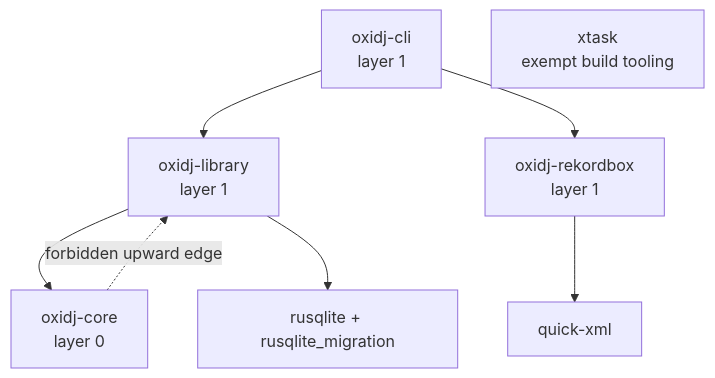
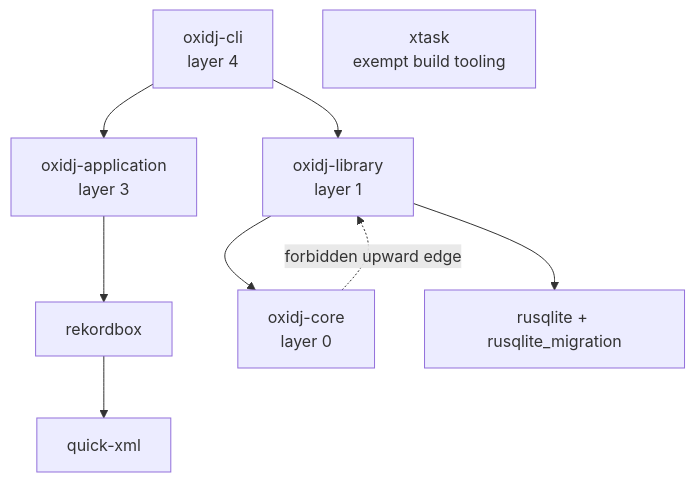
Before and after one commit to Senci/oxidj: the diagram in docs/layers-policy.md, drawn with Mermaid. The commit also changed other lines of this file and 12 other files, not shown here.

First line of the commit message:
fix(rekordbox): resolve adapter layer and malformed XML

````diff
--- a/docs/layers-policy.md
+++ b/docs/layers-policy.md
@@ -32,10 +36,11 @@
 ```mermaid
 flowchart TB
-    cli["oxidj-cli<br/>layer 1"] --> library["oxidj-library<br/>layer 1"]
-    cli --> rekordbox["oxidj-rekordbox<br/>layer 1"]
+    cli["oxidj-cli<br/>layer 4"] --> app["oxidj-application<br/>layer 3"]
+    cli --> library["oxidj-library<br/>layer 1"]
+    app --> rekordbox
     rekordbox --> xml["quick-xml"]
     library --> core["oxidj-core<br/>layer 0"]
     library --> sqlite["rusqlite + rusqlite_migration"]
     core -. "forbidden upward edge" .-> library
     xtask["xtask<br/>exempt build tooling"]
 ```
````
